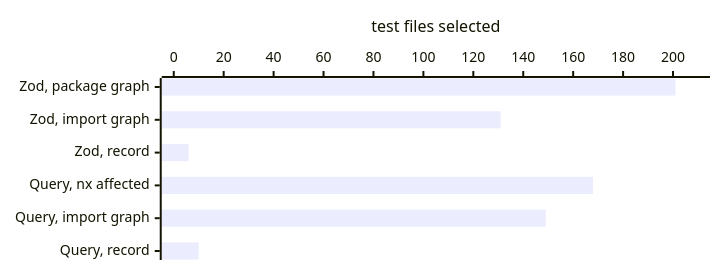
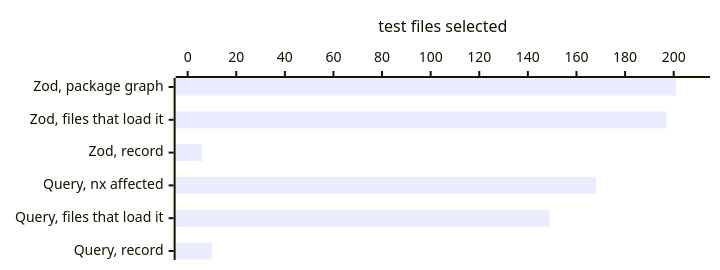
Before and after one commit to Variance-Authority/variance-authority: the second of 4 diagrams in docs/visual-review-cost.md, drawn with Mermaid. The commit also changed other lines of this file and 6 other files, not shown here.

````diff
--- a/docs/visual-review-cost.md
+++ b/docs/visual-review-cost.md
@@ -104,12 +104,12 @@
 ```mermaid
 ---
 config:
   xyChart:
     height: 250
 ---
 xychart-beta horizontal
   accTitle: Test files one one-line edit selects, by what reads the change
-  x-axis ["Zod, package graph", "Zod, import graph", "Zod, record", "Query, nx affected", "Query, import graph", "Query, record"]
+  x-axis ["Zod, package graph", "Zod, files that load it", "Zod, record", "Query, nx affected", "Query, files that load it", "Query, record"]
   y-axis "test files selected" 0 --> 210
-  bar [201, 131, 6, 168, 149, 10]
+  bar [201, 197, 6, 168, 149, 10]
 ```
````
